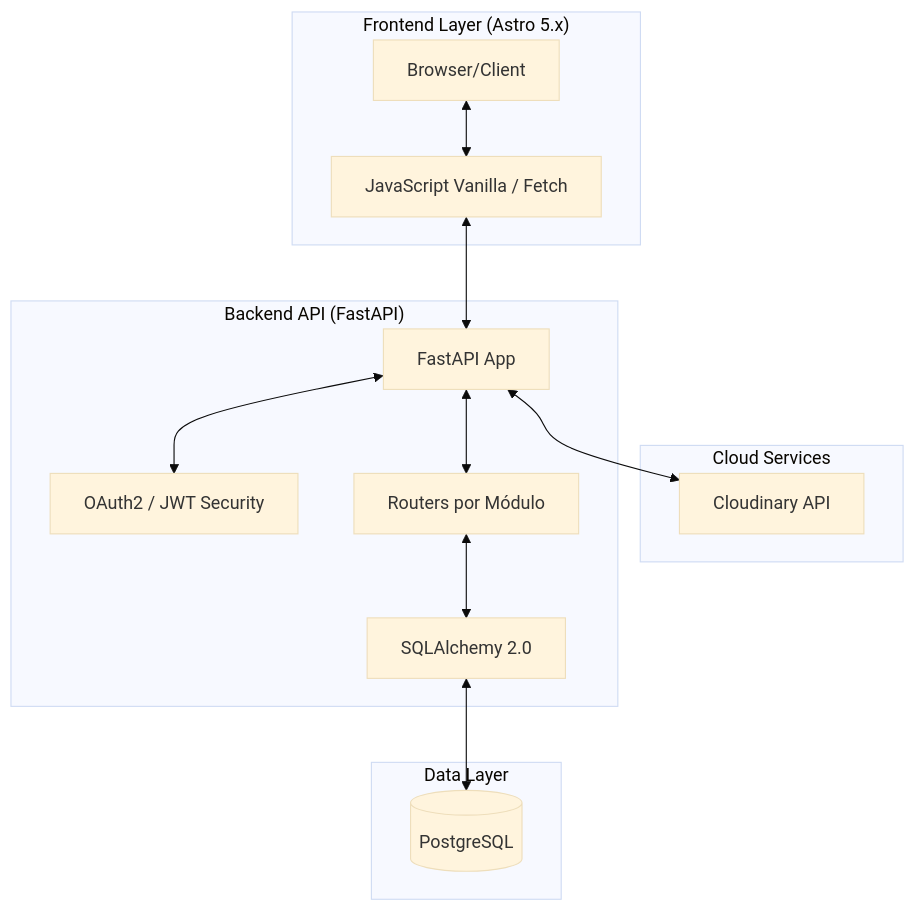
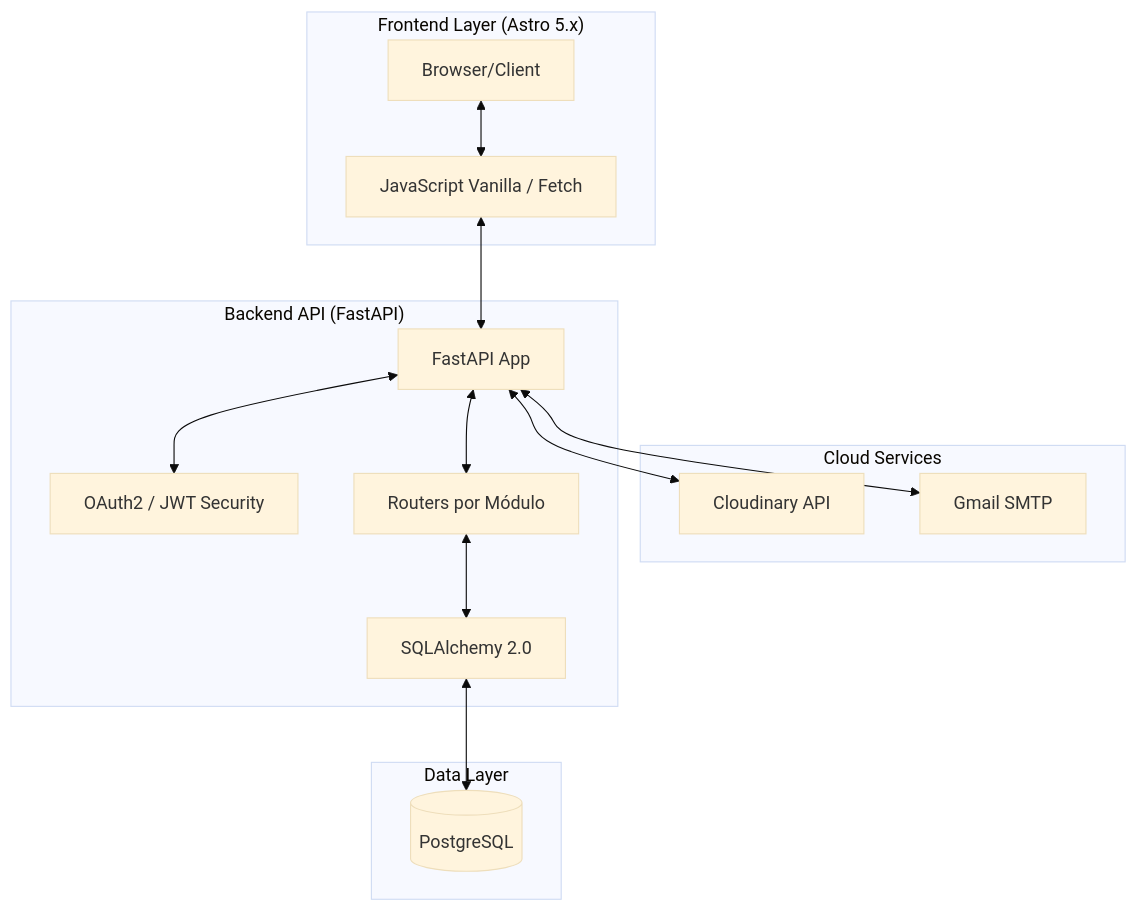
The fourth of 6 diagrams in requi.md (CTechuni/ctech_web), drawn with Mermaid (base theme) before and after one commit. The commit also changed other lines of this file and 2 other files, not shown here.

````diff
--- a/requi.md
+++ b/requi.md
@@ -154,30 +140,32 @@
 ```mermaid
 graph TD
     subgraph "Frontend Layer (Astro 5.x)"
         A[Browser/Client]
         JS[JavaScript Vanilla / Fetch]
     end
 
     subgraph "Cloud Services"
         CLO[Cloudinary API]
+        MAIL[Gmail SMTP]
     end
 
     subgraph "Backend API (FastAPI)"
         APP[FastAPI App]
         SEC[OAuth2 / JWT Security]
         ROU[Routers por Módulo]
         ORM[SQLAlchemy 2.0]
     end
 
     subgraph "Data Layer"
         DB[(PostgreSQL)]
     end
 
     A <--> JS
     JS <--> APP
     APP <--> SEC
     APP <--> ROU
     ROU <--> ORM
     ORM <--> DB
     APP <--> CLO
+    APP <--> MAIL
 ```
````
